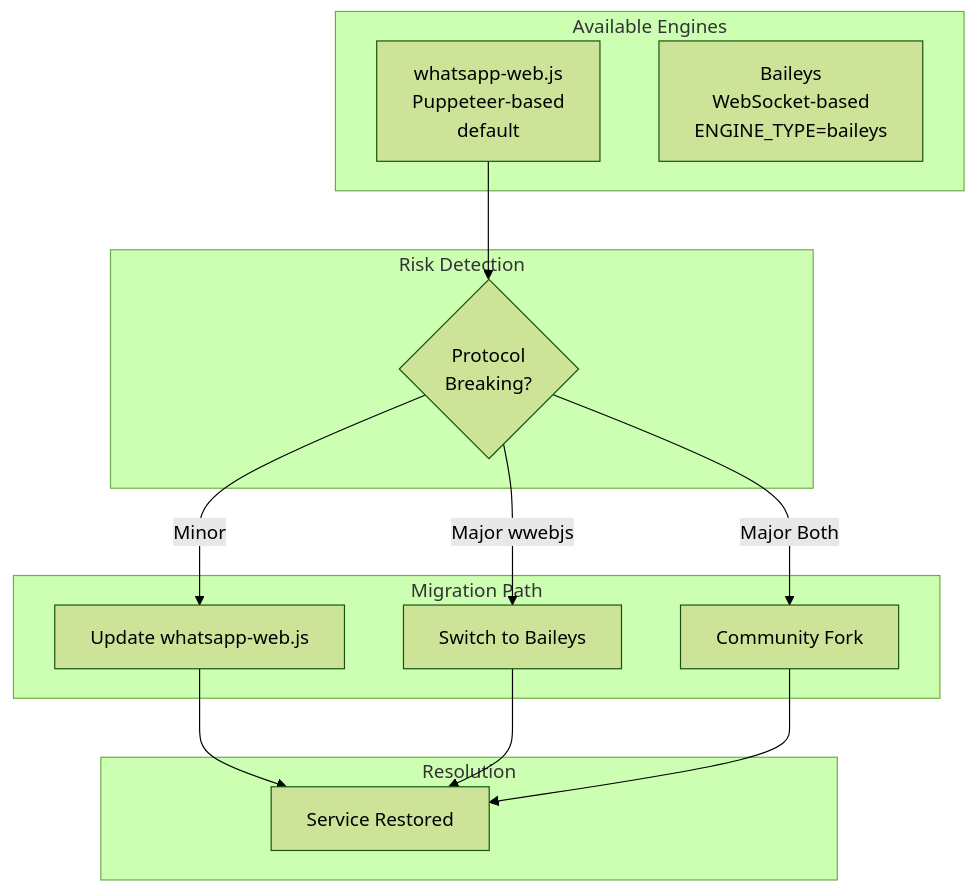
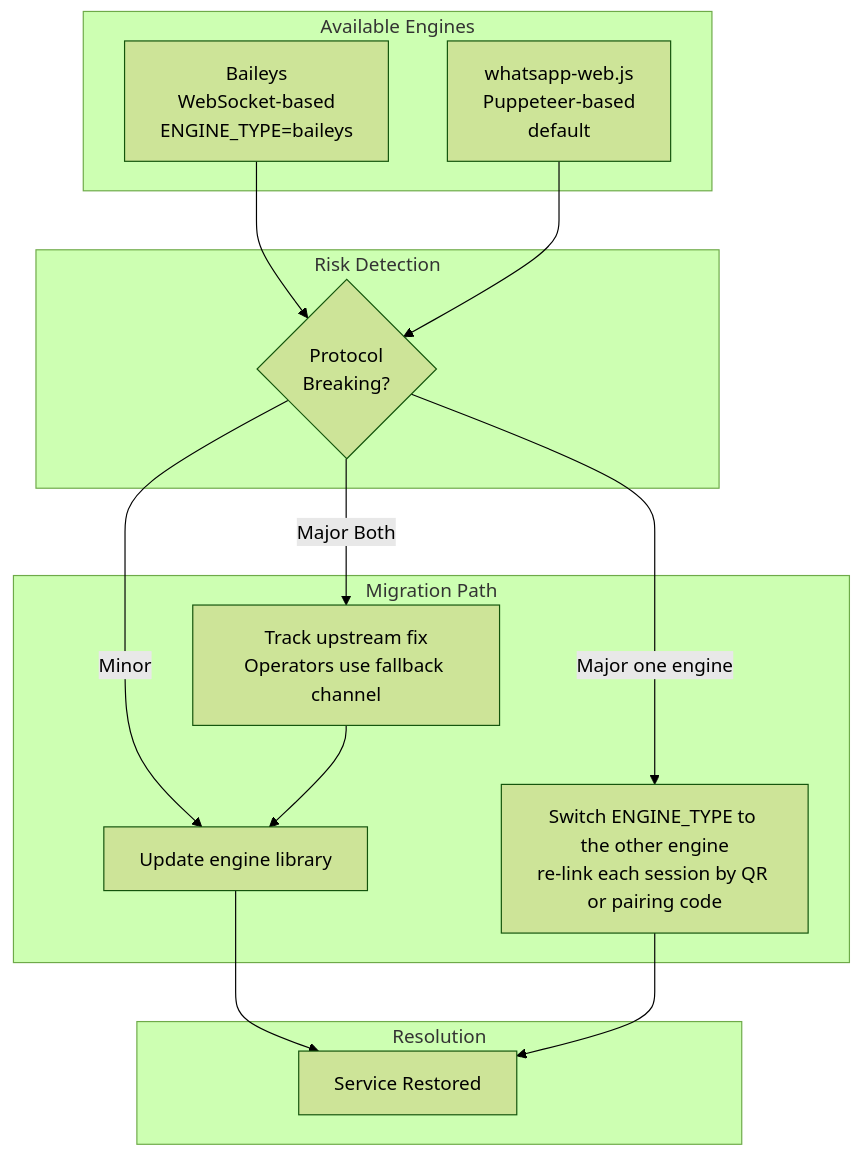
Before and after one commit to Carnaval-Team/VentIQ-seller-App: diagram 22 of 24 in ventiq_admin_app/docs_wapi/03-system-architecture.md, drawn with Mermaid (forest theme). The commit also changed other lines of this file and 65 other files, not shown here.

````diff
--- a/ventiq_admin_app/docs_wapi/03-system-architecture.md
+++ b/ventiq_admin_app/docs_wapi/03-system-architecture.md
@@ -1183,26 +1218,27 @@
 ```mermaid
 flowchart TB
     subgraph Current["Available Engines"]
         A[whatsapp-web.js\nPuppeteer-based\ndefault]
         A2[Baileys\nWebSocket-based\nENGINE_TYPE=baileys]
     end
 
     subgraph Risk["Risk Detection"]
         B{Protocol\nBreaking?}
     end
 
     subgraph Migration["Migration Path"]
-        C[Update whatsapp-web.js]
-        D[Switch to Baileys]
-        E[Community Fork]
+        C[Update engine library]
+        D[Switch ENGINE_TYPE to the other engine\nre-link each session by QR or pairing code]
+        E[Track upstream fix\nOperators use fallback channel]
     end
 
     subgraph Resolution["Resolution"]
         F[Service Restored]
     end
 
+    A2 --> B
     A --> B
     B -->|Minor| C --> F
-    B -->|Major wwebjs| D --> F
-    B -->|Major Both| E --> F
+    B -->|Major one engine| D --> F
+    B -->|Major Both| E --> C
 ```
````
